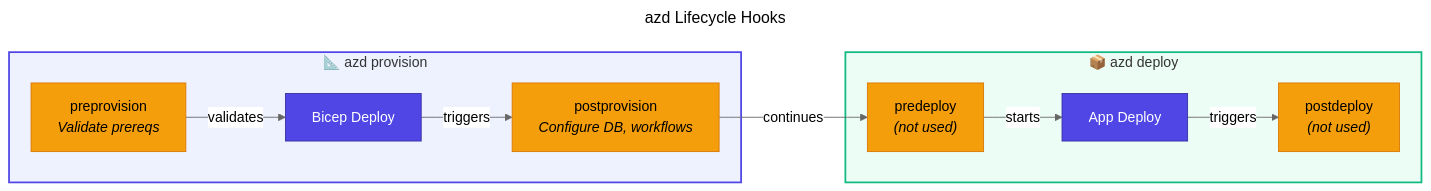
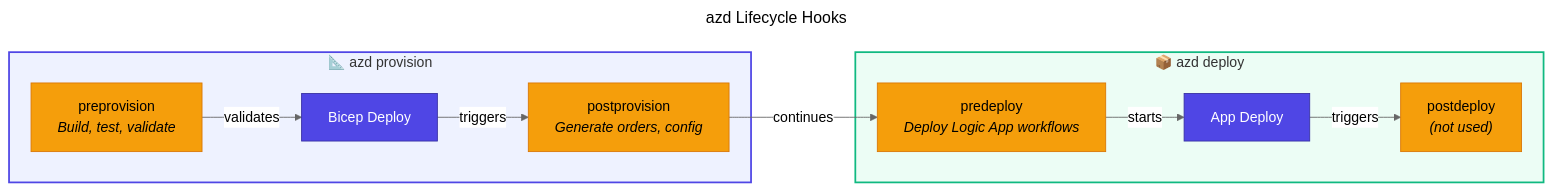
Before and after one commit to Evilazaro/Azure-LogicApps-Monitoring: the third of 5 diagrams in docs/architecture/07-deployment-architecture.md, drawn with Mermaid (neutral theme). The commit also changed other lines of this file and 1 other file, not shown here.

````diff
--- a/docs/architecture/07-deployment-architecture.md
+++ b/docs/architecture/07-deployment-architecture.md
@@ -359,38 +412,38 @@
 ```mermaid
 ---
 title: azd Lifecycle Hooks
 ---
 flowchart LR
     %% ===== PROVISION =====
     subgraph Provision["📐 azd provision"]
-        PreProv["preprovision<br/><i>Validate prereqs</i>"]
+        PreProv["preprovision<br/><i>Build, test, validate</i>"]
         BicepDeploy["Bicep Deploy"]
-        PostProv["postprovision<br/><i>Configure DB, workflows</i>"]
+        PostProv["postprovision<br/><i>Generate orders, config</i>"]
     end
 
     %% ===== DEPLOY =====
     subgraph Deploy["📦 azd deploy"]
-        PreDeploy["predeploy<br/><i>(not used)</i>"]
+        PreDeploy["predeploy<br/><i>Deploy Logic App workflows</i>"]
         AppDeploy["App Deploy"]
         PostDeploy["postdeploy<br/><i>(not used)</i>"]
     end
 
     %% ===== CONNECTIONS =====
     PreProv -->|"validates"| BicepDeploy
     BicepDeploy -->|"triggers"| PostProv
     PostProv -->|"continues"| PreDeploy
     PreDeploy -->|"starts"| AppDeploy
     AppDeploy -->|"triggers"| PostDeploy
 
     %% ===== STYLES - NODE CLASSES =====
     classDef trigger fill:#F59E0B,stroke:#D97706,color:#000000
     classDef primary fill:#4F46E5,stroke:#3730A3,color:#FFFFFF
 
     %% ===== CLASS ASSIGNMENTS =====
     class PreProv,PostProv,PreDeploy,PostDeploy trigger
     class BicepDeploy,AppDeploy primary
 
     %% ===== SUBGRAPH STYLES =====
     style Provision fill:#EEF2FF,stroke:#4F46E5,stroke-width:2px
     style Deploy fill:#ECFDF5,stroke:#10B981,stroke-width:2px
 ```
````
